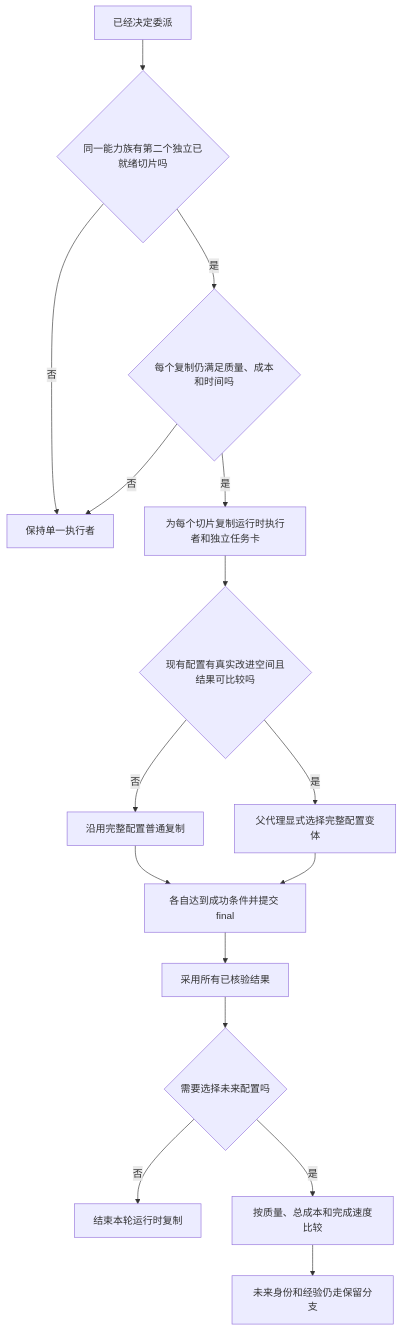
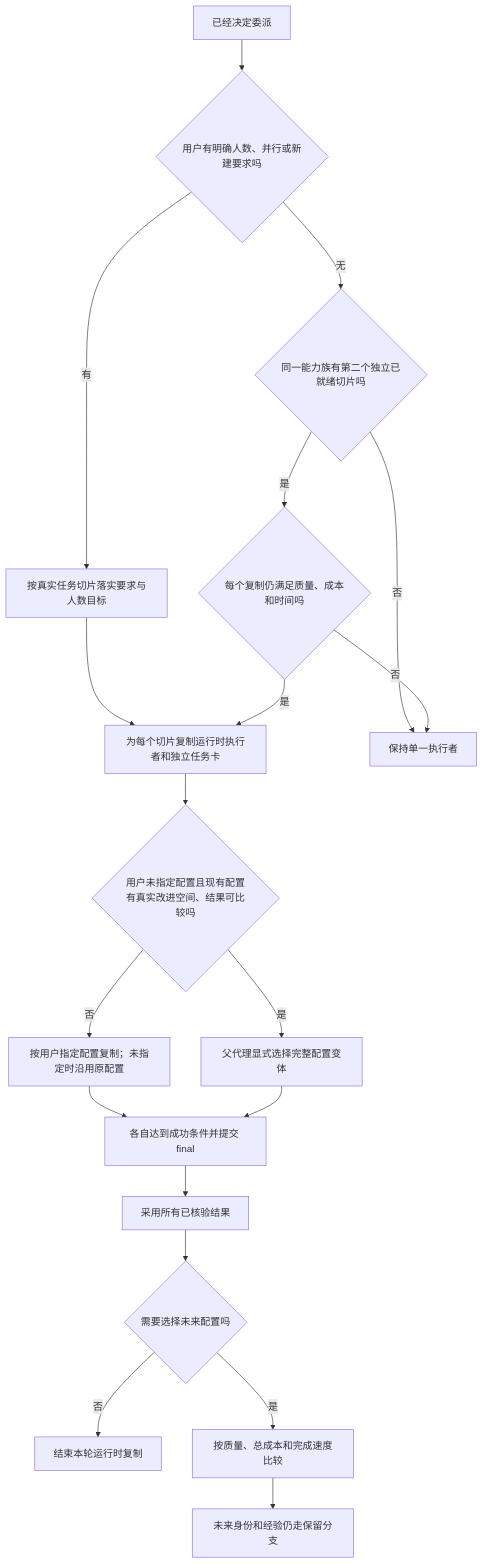
Before and after one commit to Lang45/codex-lean-stack: the fifth of 17 diagrams in skills/lean-stack/references/flowcharts-zh.md, drawn with Mermaid. The commit also changed other lines of this file and 22 other files, not shown here.

````diff
--- a/skills/lean-stack/references/flowcharts-zh.md
+++ b/skills/lean-stack/references/flowcharts-zh.md
@@ -124,18 +147,21 @@
 ```mermaid
 flowchart TD
-    A[已经决定委派] --> B{同一能力族有第二个独立已就绪切片吗}
+    A[已经决定委派] --> U{用户有明确人数、并行或新建要求吗}
+    U -->|有| V[按真实任务切片落实要求与人数目标]
+    V --> E[为每个切片复制运行时执行者和独立任务卡]
+    U -->|无| B{同一能力族有第二个独立已就绪切片吗}
     B -->|否| C[保持单一执行者]
     B -->|是| D{每个复制仍满足质量、成本和时间吗}
     D -->|否| C
-    D -->|是| E[为每个切片复制运行时执行者和独立任务卡]
-    E --> F{现有配置有真实改进空间且结果可比较吗}
-    F -->|否| G[沿用完整配置普通复制]
+    D -->|是| E
+    E --> F{用户未指定配置且现有配置有真实改进空间、结果可比较吗}
+    F -->|否| G[按用户指定配置复制；未指定时沿用原配置]
     F -->|是| H[父代理显式选择完整配置变体]
     G --> I[各自达到成功条件并提交 final]
     H --> I
     I --> J[采用所有已核验结果]
     J --> K{需要选择未来配置吗}
     K -->|否| L[结束本轮运行时复制]
     K -->|是| M[按质量、总成本和完成速度比较]
     M --> N[未来身份和经验仍走保留分支]
 ```
````
